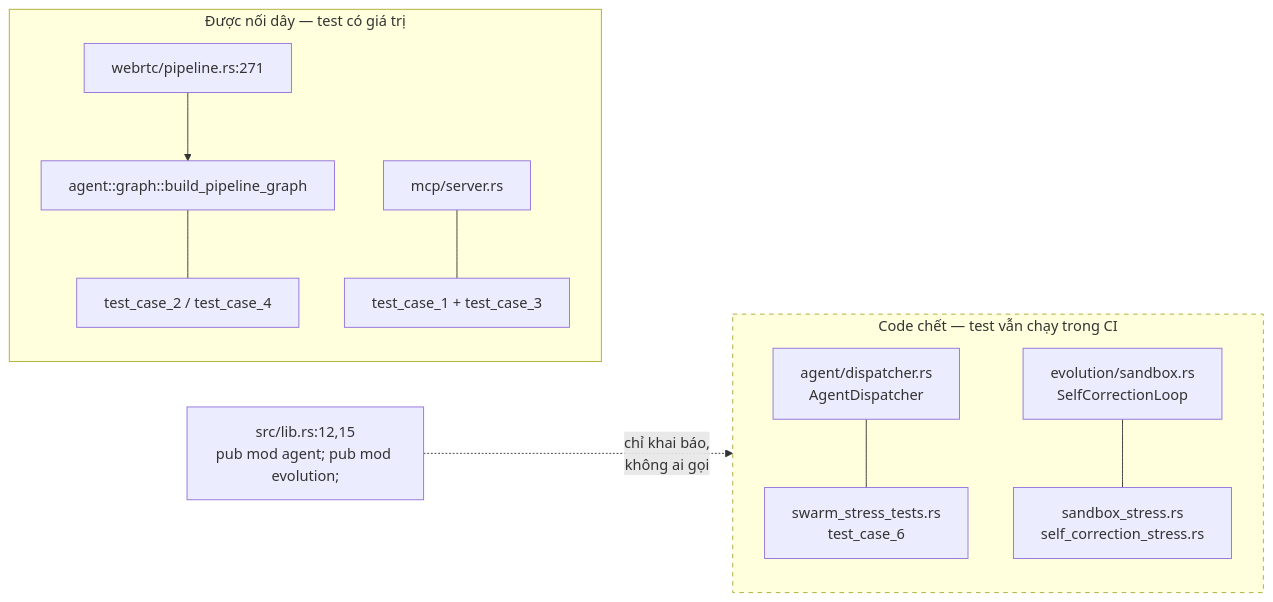
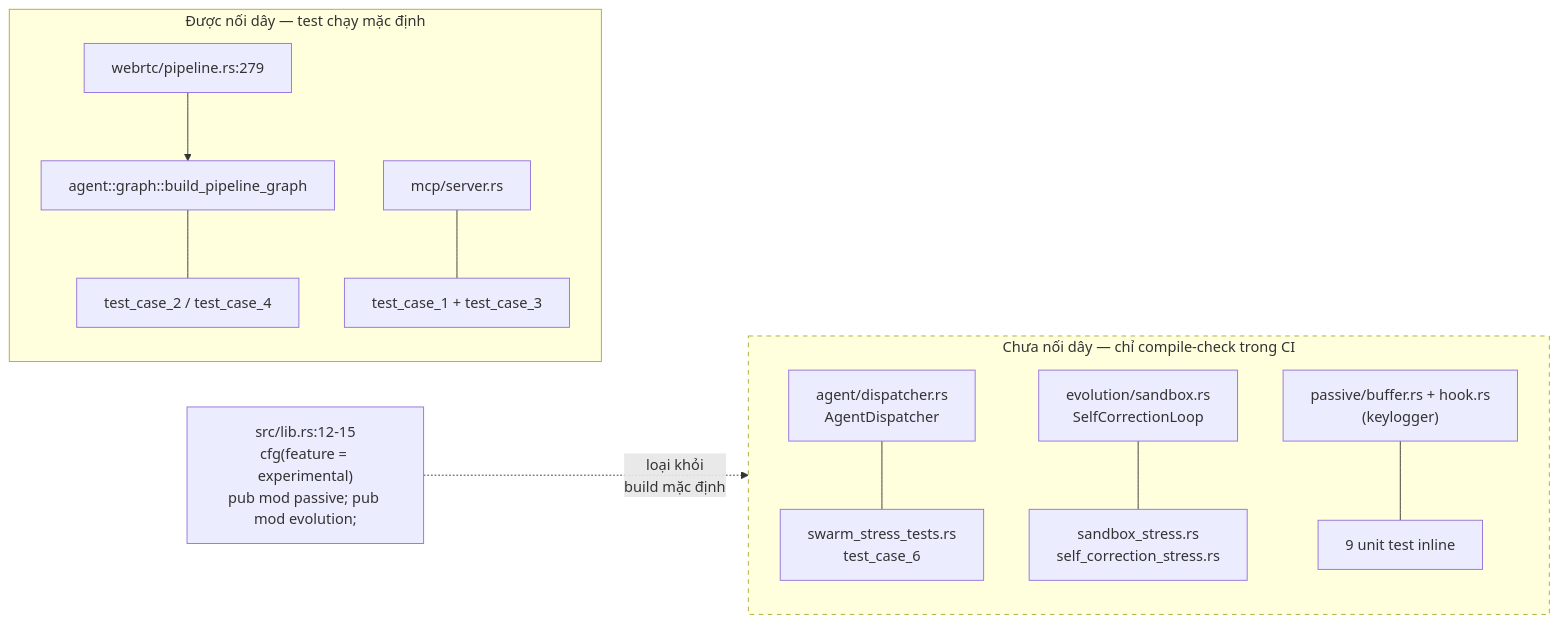
Before and after one commit to DuongNAD/LIVA: the second of 4 diagrams in docs/02-van-hanh/04-kiem-thu-va-ci.md, drawn with Mermaid. The commit also changed other lines of this file and 17 other files, not shown here.

````diff
--- a/docs/02-van-hanh/04-kiem-thu-va-ci.md
+++ b/docs/02-van-hanh/04-kiem-thu-va-ci.md
@@ -127,17 +152,18 @@
 ```mermaid
 flowchart LR
-    subgraph LIVE["Được nối dây — test có giá trị"]
-        P["webrtc/pipeline.rs:271"] --> G["agent::graph::build_pipeline_graph"]
+    subgraph LIVE["Được nối dây — test chạy mặc định"]
+        P["webrtc/pipeline.rs:279"] --> G["agent::graph::build_pipeline_graph"]
         G --- T2["test_case_2 / test_case_4"]
         M["mcp/server.rs"] --- T1["test_case_1 + test_case_3"]
     end
 
-    subgraph DEAD["Code chết — test vẫn chạy trong CI"]
+    subgraph DEAD["Chưa nối dây — chỉ compile-check trong CI"]
         SW["agent/dispatcher.rs<br/>AgentDispatcher"] --- TS["swarm_stress_tests.rs<br/>test_case_6"]
         EV["evolution/sandbox.rs<br/>SelfCorrectionLoop"] --- TE["sandbox_stress.rs<br/>self_correction_stress.rs"]
+        PS["passive/buffer.rs + hook.rs<br/>(keylogger)"] --- TP["9 unit test inline"]
     end
 
-    LIB["src/lib.rs:12,15<br/>pub mod agent; pub mod evolution;"] -. "chỉ khai báo,<br/>không ai gọi" .-> DEAD
+    LIB["src/lib.rs:12-15<br/>cfg(feature = experimental)<br/>pub mod passive; pub mod evolution;"] -. "loại khỏi<br/>build mặc định" .-> DEAD
 
     style DEAD stroke-dasharray: 5 5
 ```
````
